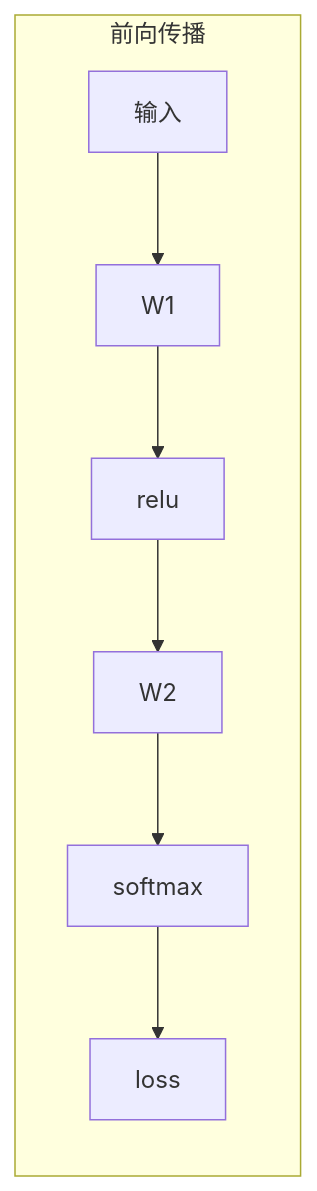
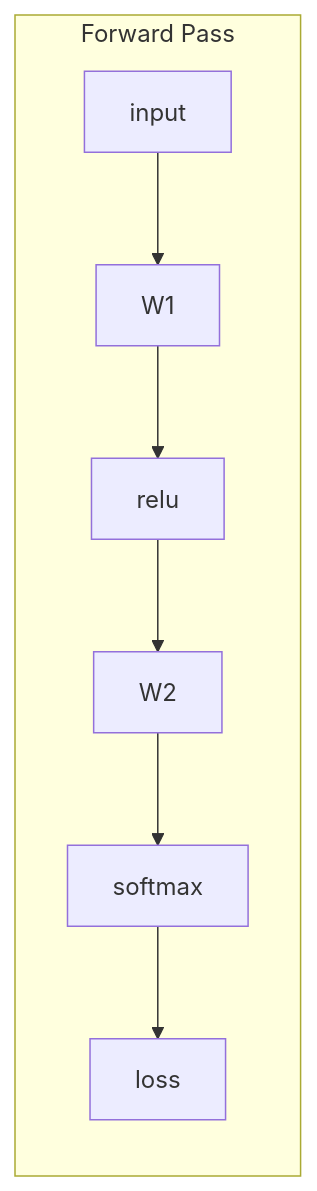
The third of 4 diagrams in i18n/zh/phases/01-math-foundations/04-calculus-for-ml/docs/zh.md (xiaojiaenen/ai-engineering-from-scratch-zh), drawn with Mermaid before and after one commit. The commit also changed other lines of this file and 22 other files, not shown here.

````diff
--- a/i18n/zh/phases/01-math-foundations/04-calculus-for-ml/docs/zh.md
+++ b/i18n/zh/phases/01-math-foundations/04-calculus-for-ml/docs/zh.md
@@ -371,6 +371,6 @@
 ```mermaid
 graph LR
-    subgraph Forward["前向传播"]
-        I["输入"] --> W1["W1"] --> R["relu"] --> W2["W2"] --> S["softmax"] --> L["loss"]
+    subgraph Forward["Forward Pass"]
+        I["input"] --> W1["W1"] --> R["relu"] --> W2["W2"] --> S["softmax"] --> L["loss"]
     end
 ```
````
